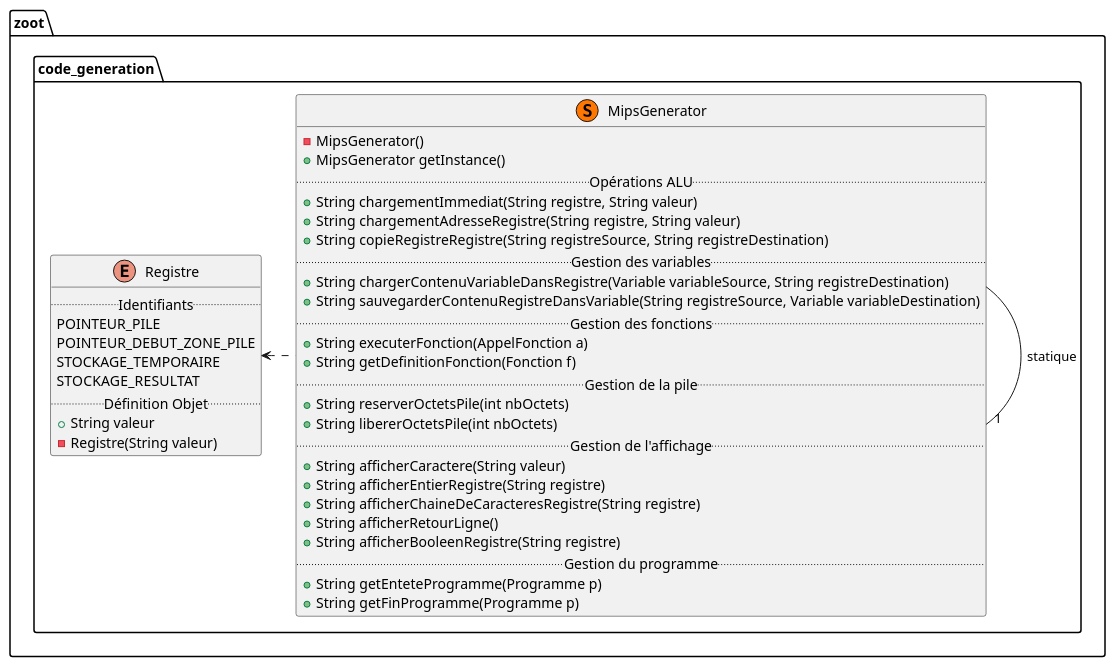
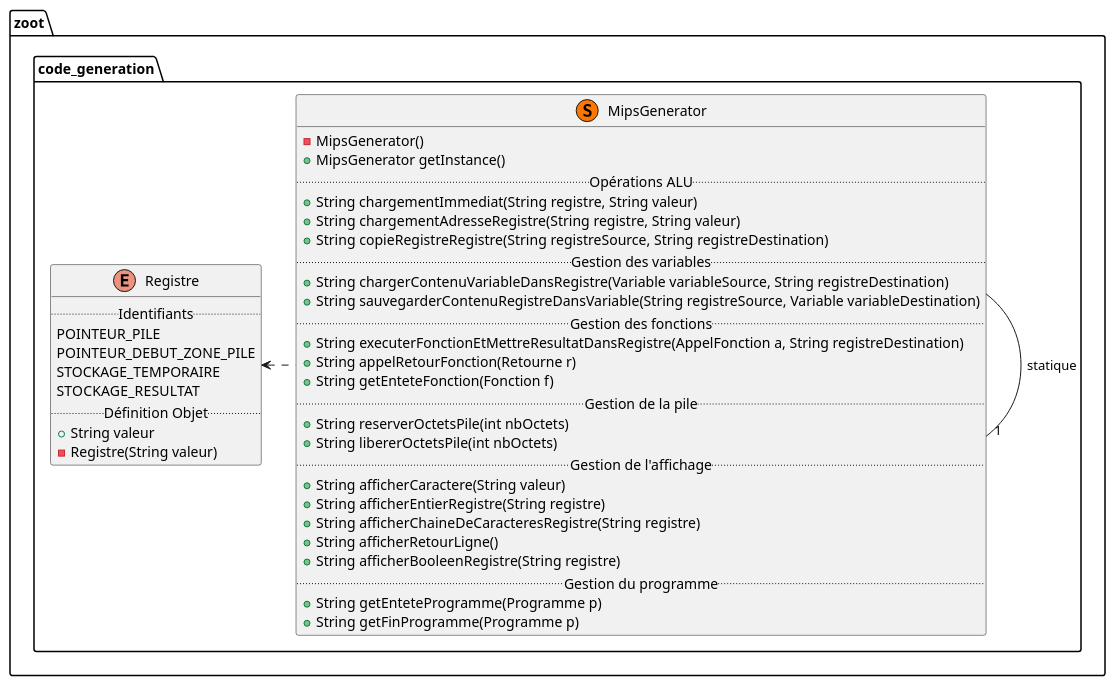
The diagram in diagrammes/classe/code_generation.puml (lmtb06/zoot), drawn with PlantUML before and after one commit.

Commit message:
Modification du package code_generation du diagramme de classe.
# Détails :
 - Renommage de la fonction executerFonction et changement de signature
 - Renommage de la fonction getDefinitionFonction et changement de signature
 - Ajout de la fonction appelRetourFonction
# Remarques :
 - Certaines fonctions risquent de changer ou de disparaitre à voir au fil du developpement

```diff
--- a/diagrammes/classe/code_generation.puml
+++ b/diagrammes/classe/code_generation.puml
@@ -1,49 +1,50 @@
 @startuml "Package code_generation"
 
 namespace zoot.code_generation {
     ' Includes
     ' Classes
     enum Registre{
         .. Identifiants ..
         POINTEUR_PILE
         POINTEUR_DEBUT_ZONE_PILE
         STOCKAGE_TEMPORAIRE
         STOCKAGE_RESULTAT
         .. Définition Objet ..
         + String valeur
         - Registre(String valeur)
     }
 
     class MipsGenerator << (S,#FF7700) >> {
         - MipsGenerator()
         + MipsGenerator getInstance()
         .. Opérations ALU ..
         + String chargementImmediat(String registre, String valeur)
         + String chargementAdresseRegistre(String registre, String valeur)
         + String copieRegistreRegistre(String registreSource, String registreDestination)
         .. Gestion des variables ..
         + String chargerContenuVariableDansRegistre(Variable variableSource, String registreDestination)
         + String sauvegarderContenuRegistreDansVariable(String registreSource, Variable variableDestination)
         .. Gestion des fonctions ..
-        + String executerFonction(AppelFonction a)
-        + String getDefinitionFonction(Fonction f)
+        + String executerFonctionEtMettreResultatDansRegistre(AppelFonction a, String registreDestination)
+        + String appelRetourFonction(Retourne r)
+        + String getEnteteFonction(Fonction f)
         .. Gestion de la pile ..
         + String reserverOctetsPile(int nbOctets)
         + String libererOctetsPile(int nbOctets)
         .. Gestion de l'affichage ..
         + String afficherCaractere(String valeur)
         + String afficherEntierRegistre(String registre)
         + String afficherChaineDeCaracteresRegistre(String registre)
         + String afficherRetourLigne()
         + String afficherBooleenRegistre(String registre)
         .. Gestion du programme ..
         + String getEnteteProgramme(Programme p)
         + String getFinProgramme(Programme p)
     }
 
     ' Relations entre les classes
     MipsGenerator -right-"1" MipsGenerator : statique
     MipsGenerator .left.> Registre
 
 }
 @enduml
```
